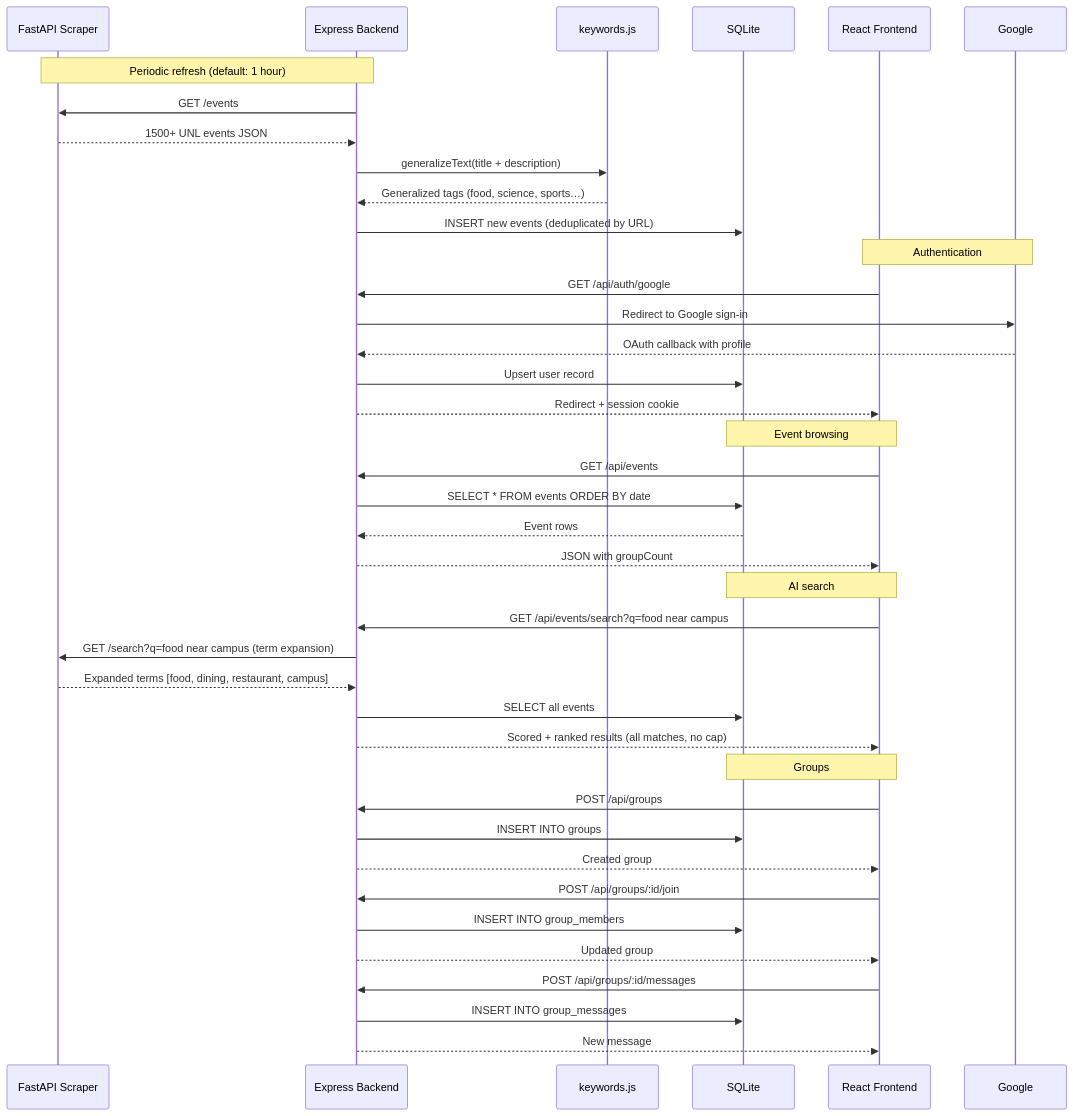
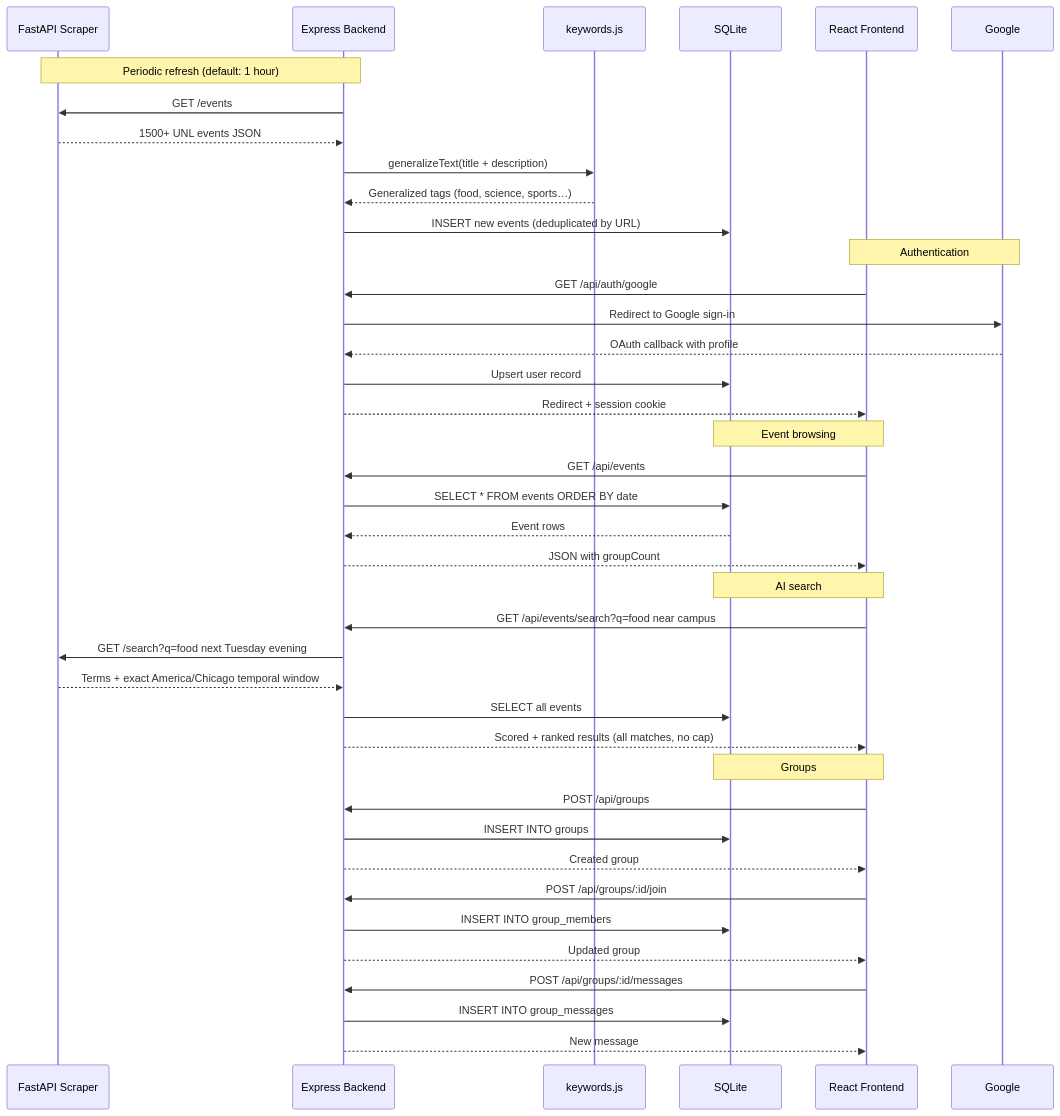
Before and after one commit to michaeldejournett/Raikes-Hacks-2026: the second of 3 diagrams in docs/architecture.md, drawn with Mermaid. The commit also changed other lines of this file and 32 other files, not shown here.

Commit message:
feat: make Curia temporal search deterministic

````diff
--- a/docs/architecture.md
+++ b/docs/architecture.md
@@ -66,49 +66,49 @@
 ```mermaid
 sequenceDiagram
   participant S as FastAPI Scraper
   participant B as Express Backend
   participant KW as keywords.js
   participant DB as SQLite
   participant FE as React Frontend
   participant G as Google
 
   Note over S,B: Periodic refresh (default: 1 hour)
   B->>S: GET /events
   S-->>B: 1500+ UNL events JSON
   B->>KW: generalizeText(title + description)
   KW-->>B: Generalized tags (food, science, sports…)
   B->>DB: INSERT new events (deduplicated by URL)
 
   Note over FE,G: Authentication
   FE->>B: GET /api/auth/google
   B->>G: Redirect to Google sign-in
   G-->>B: OAuth callback with profile
   B->>DB: Upsert user record
   B-->>FE: Redirect + session cookie
 
   Note over FE,DB: Event browsing
   FE->>B: GET /api/events
   B->>DB: SELECT * FROM events ORDER BY date
   DB-->>B: Event rows
   B-->>FE: JSON with groupCount
 
   Note over FE,DB: AI search
   FE->>B: GET /api/events/search?q=food near campus
-  B->>S: GET /search?q=food near campus (term expansion)
-  S-->>B: Expanded terms [food, dining, restaurant, campus]
+  B->>S: GET /search?q=food next Tuesday evening
+  S-->>B: Terms + exact America/Chicago temporal window
   B->>DB: SELECT all events
   B-->>FE: Scored + ranked results (all matches, no cap)
 
   Note over FE,DB: Groups
   FE->>B: POST /api/groups
   B->>DB: INSERT INTO groups
   B-->>FE: Created group
 
   FE->>B: POST /api/groups/:id/join
   B->>DB: INSERT INTO group_members
   B-->>FE: Updated group
 
   FE->>B: POST /api/groups/:id/messages
   B->>DB: INSERT INTO group_messages
   B-->>FE: New message
 ```
````
